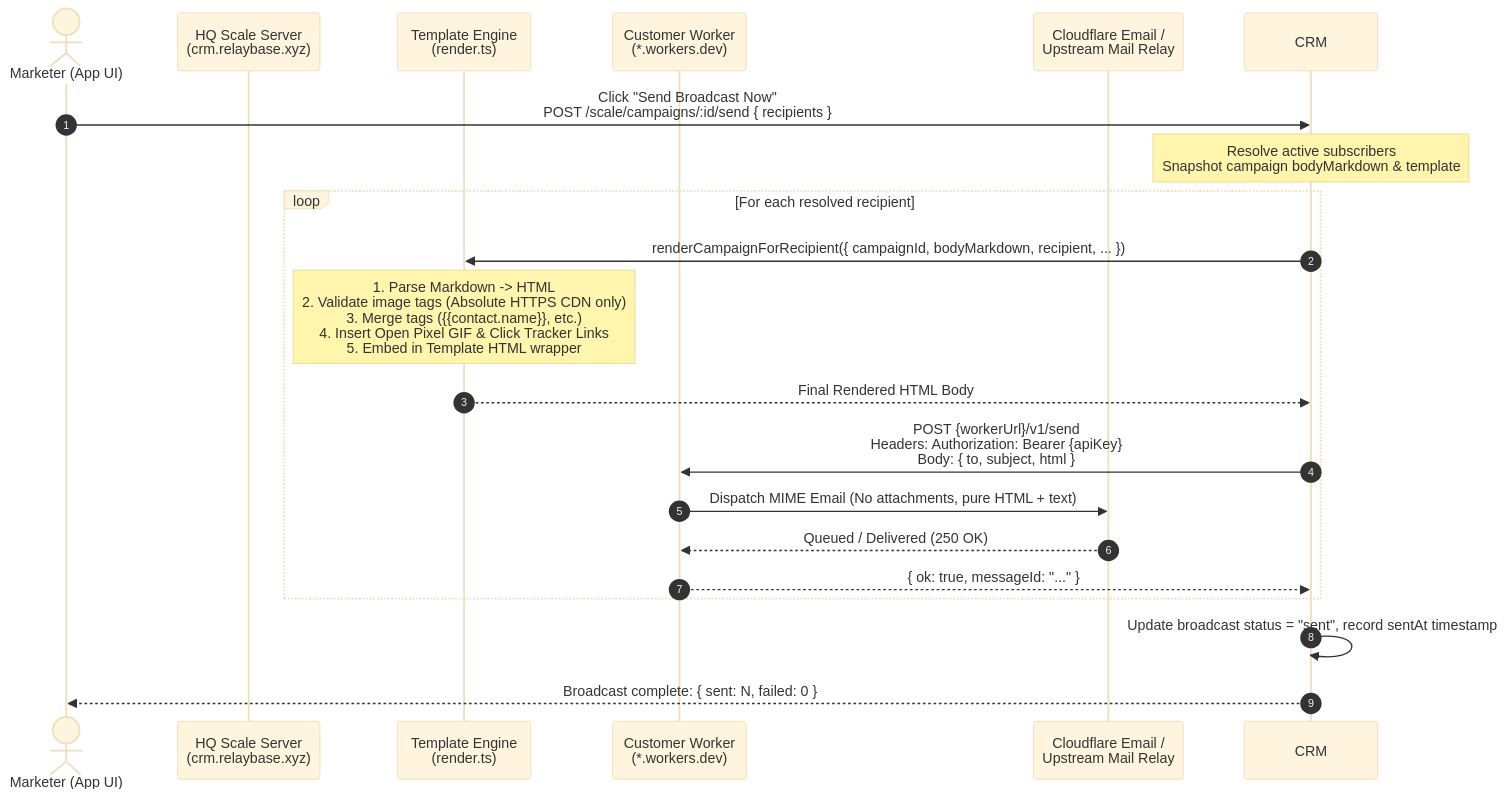
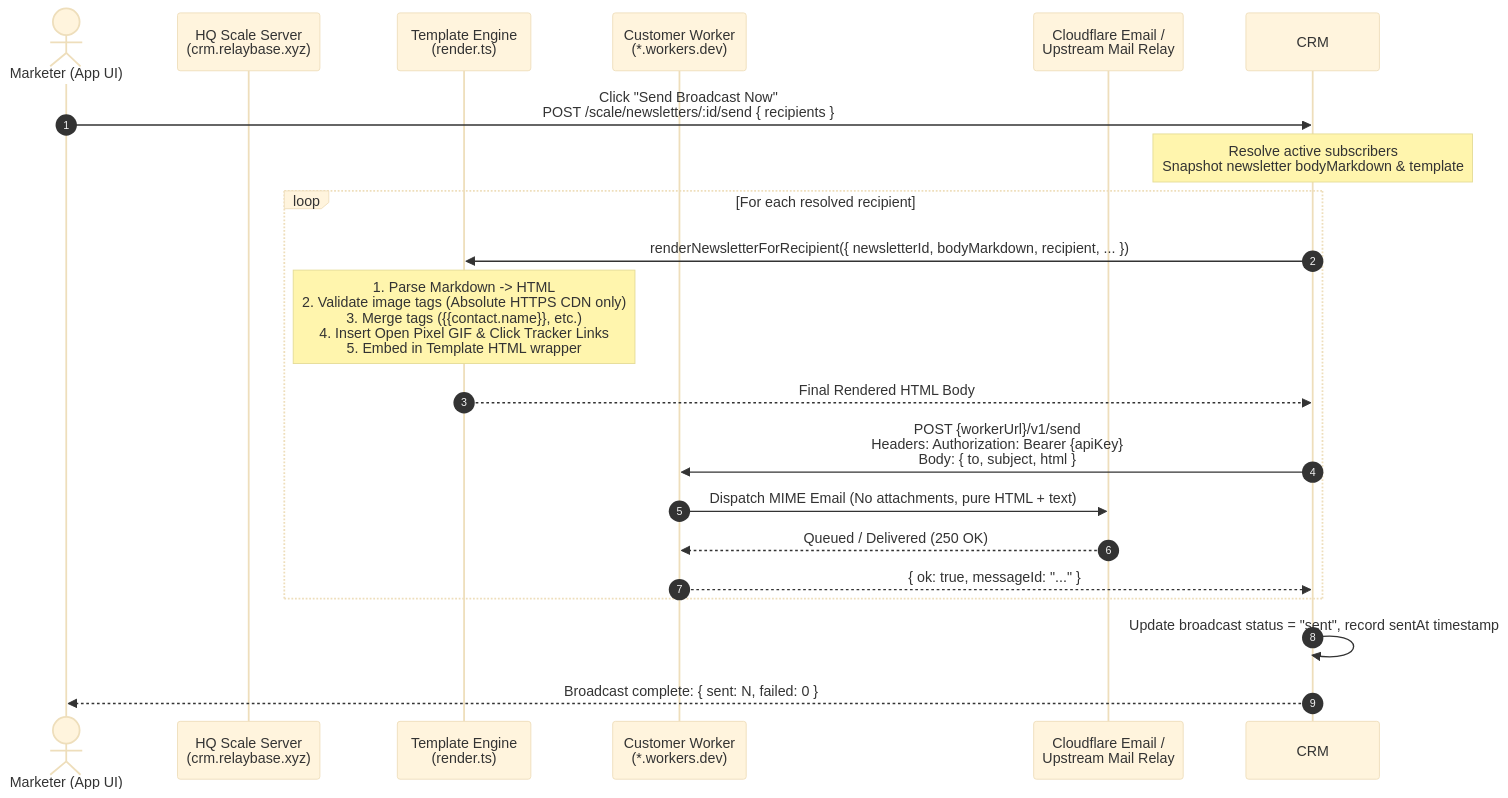
The third of 4 diagrams in docs/features/crm-email-image-asset-cdn-spec.md (gssisaac/relaybase), drawn with Mermaid (base theme) before and after one commit. The commit also changed other lines of this file and 162 other files, not shown here.

First line of the commit message:
Rename Scale campaigns to newsletters across HQ and app.

````diff
--- a/docs/features/crm-email-image-asset-cdn-spec.md
+++ b/docs/features/crm-email-image-asset-cdn-spec.md
@@ -239,23 +239,23 @@
 ```mermaid
 sequenceDiagram
     autonumber
     actor User as Marketer (App UI)
     participant Scale as HQ Scale Server<br/>(crm.relaybase.xyz)
     participant Render as Template Engine<br/>(render.ts)
     participant Worker as Customer Worker<br/>(*.workers.dev)
     participant SMTP as Cloudflare Email /<br/>Upstream Mail Relay
 
-    User->>CRM: Click "Send Broadcast Now"<br/>POST /scale/campaigns/:id/send { recipients }
-    Note over CRM: Resolve active subscribers<br/>Snapshot campaign bodyMarkdown & template
+    User->>CRM: Click "Send Broadcast Now"<br/>POST /scale/newsletters/:id/send { recipients }
+    Note over CRM: Resolve active subscribers<br/>Snapshot newsletter bodyMarkdown & template
     loop For each resolved recipient
-        CRM->>Render: renderCampaignForRecipient({ campaignId, bodyMarkdown, recipient, ... })
+        CRM->>Render: renderNewsletterForRecipient({ newsletterId, bodyMarkdown, recipient, ... })
         Note over Render: 1. Parse Markdown -> HTML<br/>2. Validate image tags (Absolute HTTPS CDN only)<br/>3. Merge tags ({{contact.name}}, etc.)<br/>4. Insert Open Pixel GIF & Click Tracker Links<br/>5. Embed in Template HTML wrapper
         Render-->>CRM: Final Rendered HTML Body
         CRM->>Worker: POST {workerUrl}/v1/send<br/>Headers: Authorization: Bearer {apiKey}<br/>Body: { to, subject, html }
         Worker->>SMTP: Dispatch MIME Email (No attachments, pure HTML + text)
         SMTP-->>Worker: Queued / Delivered (250 OK)
         Worker-->>CRM: { ok: true, messageId: "..." }
     end
     CRM->>CRM: Update broadcast status = "sent", record sentAt timestamp
     CRM-->>User: Broadcast complete: { sent: N, failed: 0 }
 ```
````
